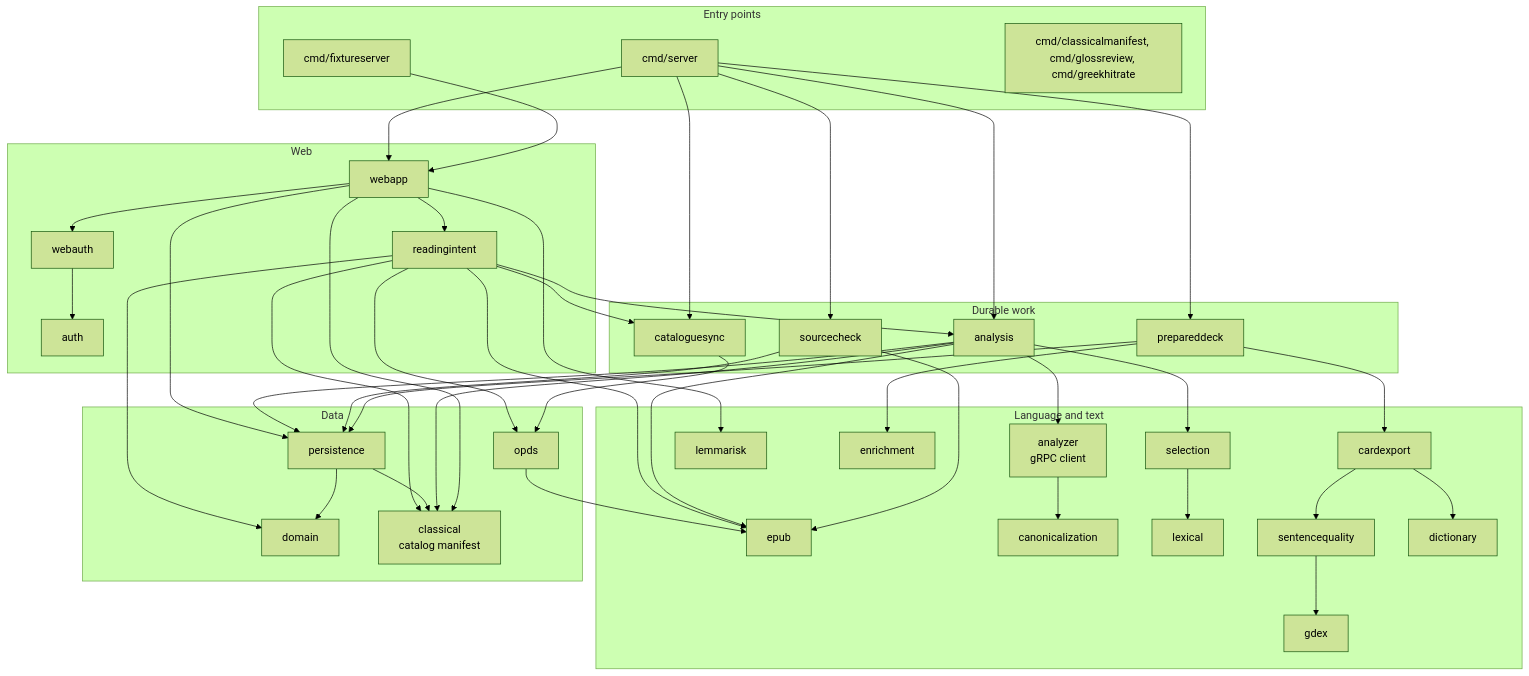
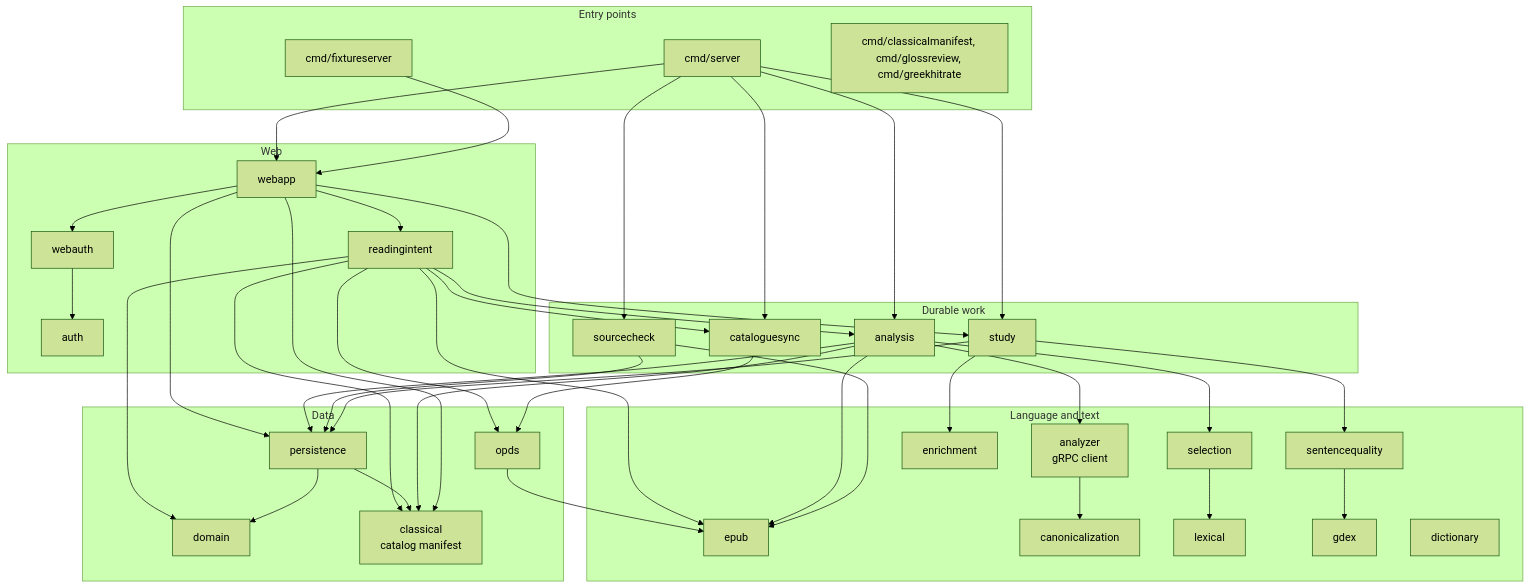
Before and after one commit to justin-hayes/mouseion: the sixth of 6 diagrams in ARCHITECTURE.md, drawn with Mermaid (forest theme). The commit also changed other lines of this file and 639 other files, not shown here.

````diff
--- a/ARCHITECTURE.md
+++ b/ARCHITECTURE.md
@@ -413,58 +306,56 @@
 ```mermaid
 flowchart TB
     subgraph entry[Entry points]
         server[cmd/server]
         fixture[cmd/fixtureserver]
         tools[cmd/classicalmanifest, cmd/glossreview, cmd/greekhitrate]
     end
     subgraph web[Web]
         webapp[webapp]
         readingintent[readingintent]
         webauth[webauth]
         auth[auth]
     end
     subgraph jobs[Durable work]
         analysis[analysis]
         cataloguesync[cataloguesync]
-        prepareddeck[prepareddeck]
+        study[study]
         sourcecheck[sourcecheck]
     end
     subgraph lang[Language and text]
         epub[epub]
         analyzer[analyzer<br/>gRPC client]
         canonicalization[canonicalization]
         selection[selection]
         lexical[lexical]
         gdex[gdex]
         sentencequality[sentencequality]
-        lemmarisk[lemmarisk]
         dictionary[dictionary]
         enrichment[enrichment]
-        cardexport[cardexport]
     end
     subgraph data[Data]
         domain[domain]
         persistence[persistence]
         classical[classical<br/>catalog manifest]
         opds[opds]
     end
-    server --> webapp & analysis & cataloguesync & prepareddeck & sourcecheck
+    server --> webapp & analysis & cataloguesync & study & sourcecheck
     fixture --> webapp
     webapp --> webauth --> auth
-    webapp --> persistence & lemmarisk
+    webapp --> persistence
     webapp --> readingintent
     readingintent --> analysis & cataloguesync & classical & domain
     readingintent --> opds & epub
     analysis --> epub & analyzer & selection & persistence
     sourcecheck --> epub & persistence
     cataloguesync --> opds --> epub
-    prepareddeck --> cardexport & enrichment & persistence
-    cardexport --> sentencequality & dictionary
+    webapp --> study
+    study --> enrichment & sentencequality & persistence
     sentencequality --> gdex
     selection --> lexical
     analyzer --> canonicalization
     persistence --> domain
     persistence --> classical
     analysis --> classical
     webapp --> classical
 ```
````
